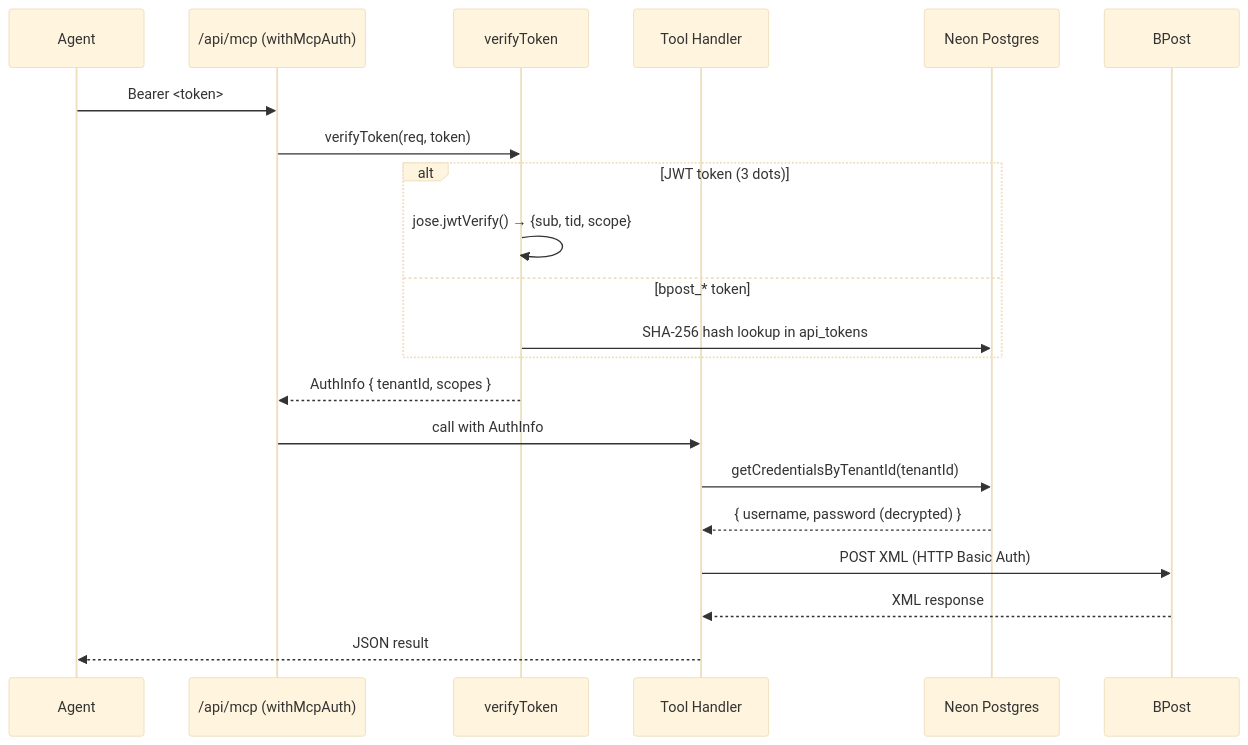
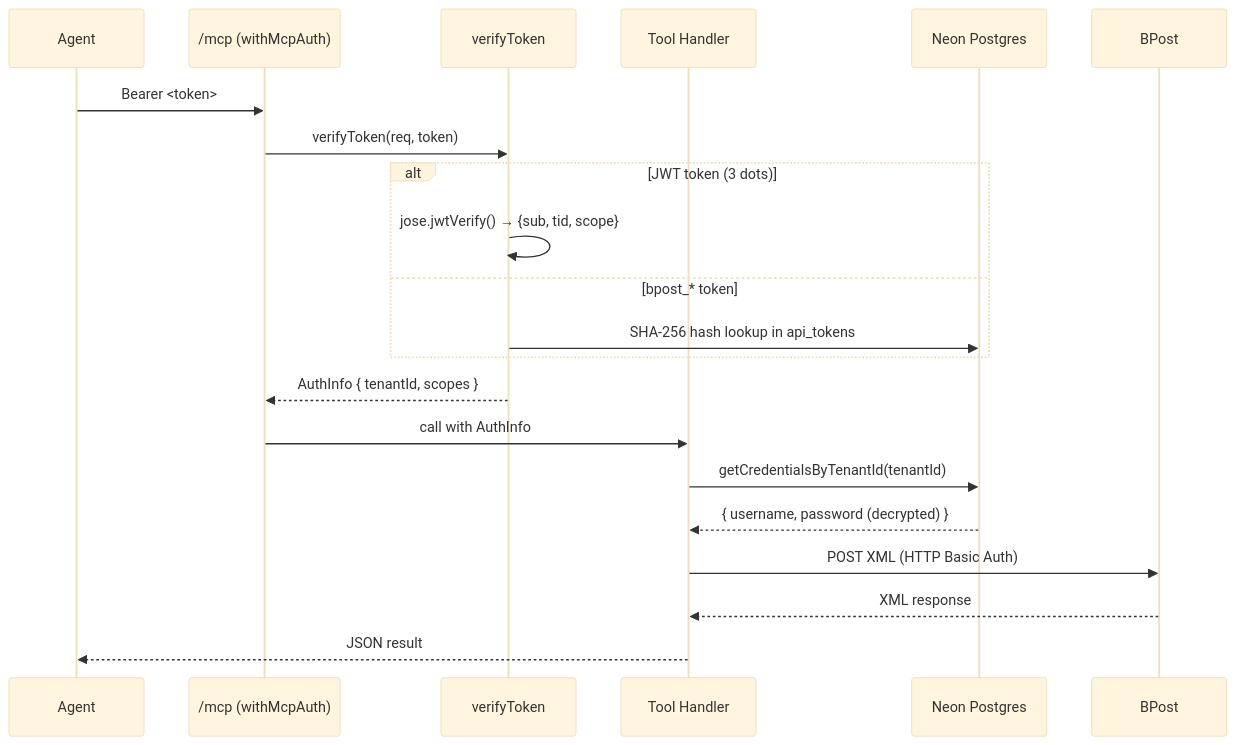
One commit to markminnoye/bpost-mcp changed the second of 5 diagrams in docs/internal/architecture.md. Above: the diagram before and after it, drawn with Mermaid (base theme). The commit also changed other lines of this file and 13 other files, not shown here.

````diff
--- a/docs/internal/architecture.md
+++ b/docs/internal/architecture.md
@@ -83,24 +85,24 @@
 ```mermaid
 sequenceDiagram
     participant Agent
-    participant MCP as /api/mcp (withMcpAuth)
+    participant MCP as /mcp (withMcpAuth)
     participant VT as verifyToken
     participant Tool as Tool Handler
     participant DB as Neon Postgres
     participant BPost
 
     Agent->>MCP: Bearer <token>
     MCP->>VT: verifyToken(req, token)
     alt JWT token (3 dots)
         VT->>VT: jose.jwtVerify() → {sub, tid, scope}
     else bpost_* token
         VT->>DB: SHA-256 hash lookup in api_tokens
     end
     VT-->>MCP: AuthInfo { tenantId, scopes }
     MCP->>Tool: call with AuthInfo
     Tool->>DB: getCredentialsByTenantId(tenantId)
     DB-->>Tool: { username, password (decrypted) }
     Tool->>BPost: POST XML (HTTP Basic Auth)
     BPost-->>Tool: XML response
     Tool-->>Agent: JSON result
 ```
````
